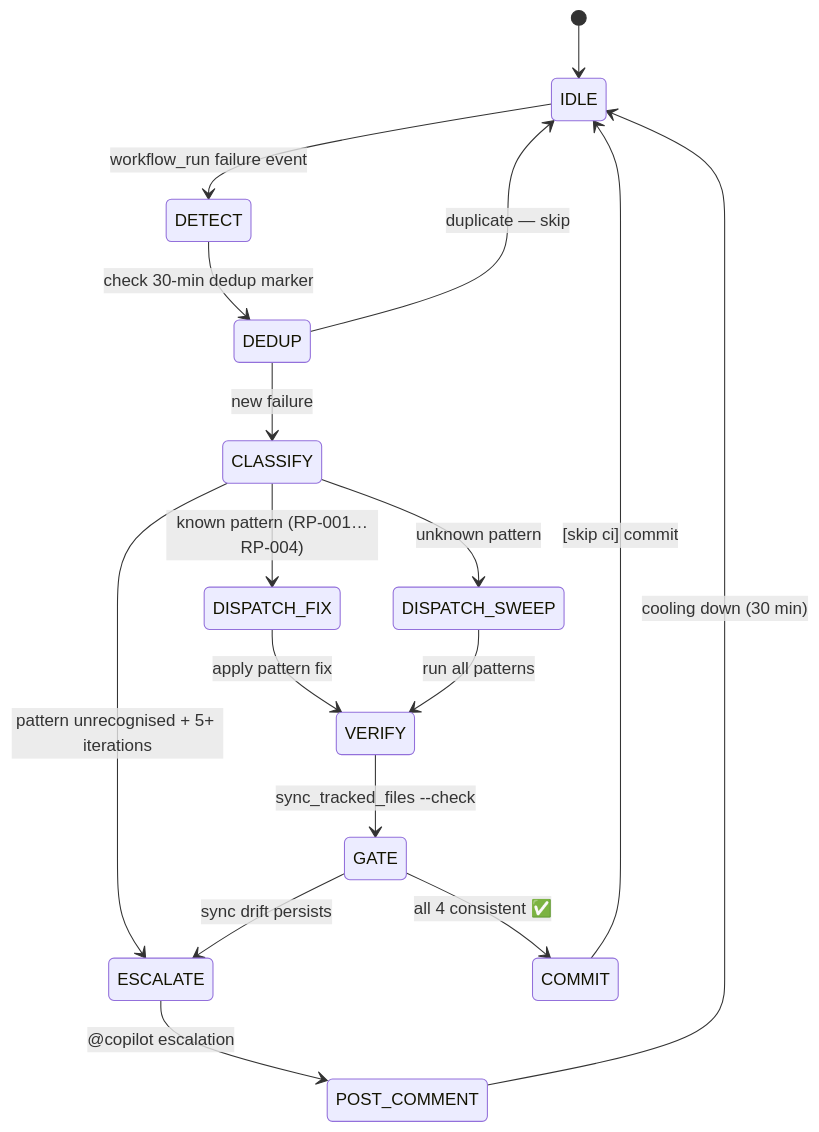
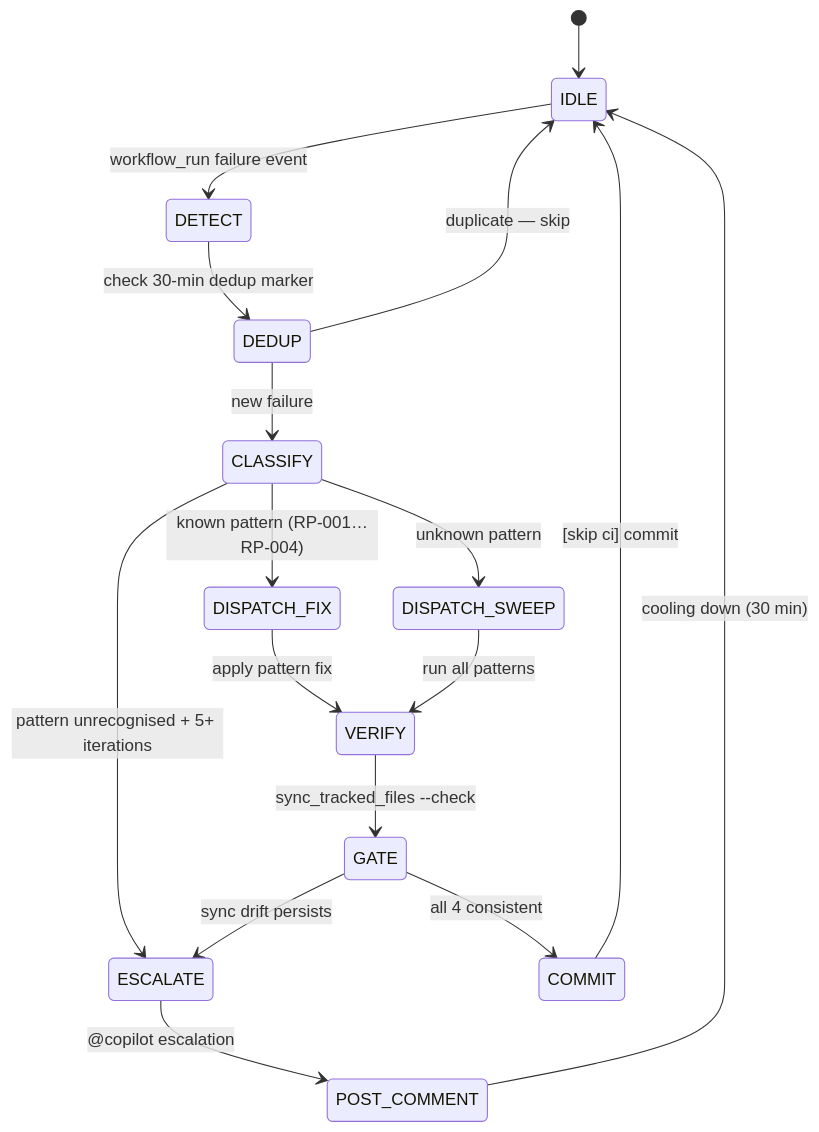
The eighth of 18 diagrams in docs/CODEBASE_MERMAID_MAPS.md (Aries-Serpent/_codex_), drawn with Mermaid before and after one commit. The commit also changed other lines of this file and 2029 other files, not shown here.

````diff
--- a/docs/CODEBASE_MERMAID_MAPS.md
+++ b/docs/CODEBASE_MERMAID_MAPS.md
@@ -315,25 +317,25 @@
 ```mermaid
 %%{init: {'accessibility': {'title': 'State Diagram showing *, skip ci'}}%%
 stateDiagram-v2
     [*] --> IDLE
     IDLE --> DETECT: workflow_run failure event
 
     DETECT --> DEDUP: check 30-min dedup marker
     DEDUP --> IDLE: duplicate — skip
     DEDUP --> CLASSIFY: new failure
 
     CLASSIFY --> DISPATCH_FIX: known pattern (RP-001…RP-004)
     CLASSIFY --> DISPATCH_SWEEP: unknown pattern
     CLASSIFY --> ESCALATE: pattern unrecognised + 5+ iterations
 
     DISPATCH_FIX --> VERIFY: apply pattern fix
     DISPATCH_SWEEP --> VERIFY: run all patterns
 
     VERIFY --> GATE: sync_tracked_files --check
-    GATE --> COMMIT: all 4 consistent ✅
+    GATE --> COMMIT: all 4 consistent 
     GATE --> ESCALATE: sync drift persists
 
     COMMIT --> IDLE: [skip ci] commit
     ESCALATE --> POST_COMMENT: @copilot escalation
     POST_COMMENT --> IDLE: cooling down (30 min)
 ```
````
